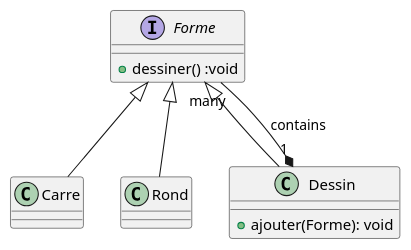
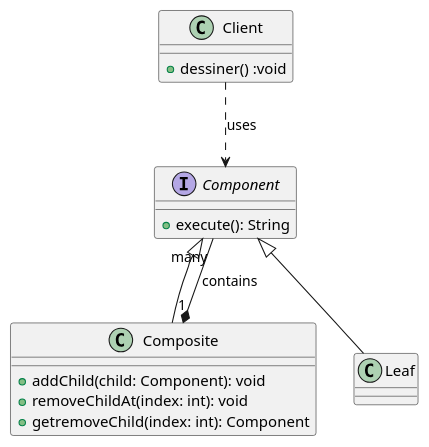
One commit to jandry/design-pattern changed the diagram in src/uml/compositionGeneric.puml. Above: the diagram before and after it, drawn with PlantUML. The commit also changed 1 other file, not shown here.

```diff
--- a/src/uml/compositionGeneric.puml
+++ b/src/uml/compositionGeneric.puml
@@ -1,16 +1,21 @@
 @startuml Composite
-interface Forme {
+class Client {
      + dessiner() :void   
 }
-class Carre
-class Rond
-class Dessin {
-    + ajouter(Forme): void
+interface Component {
+     + execute(): String
 }
+class Composite {
+     + addChild(child: Component): void
+     + removeChildAt(index: int): void
+     + getremoveChild(index: int): Component     
+}
+class Leaf
 
-Dessin "1" *-- "many" Forme : contains
+Client ..> Component : uses
 
-Forme <|-- Carre
-Forme <|-- Dessin
-Forme <|-- Rond
+Composite "1" *-- "many" Component : contains
+
+Component <|-- Leaf
+Component <|-- Composite
 @enduml
```
